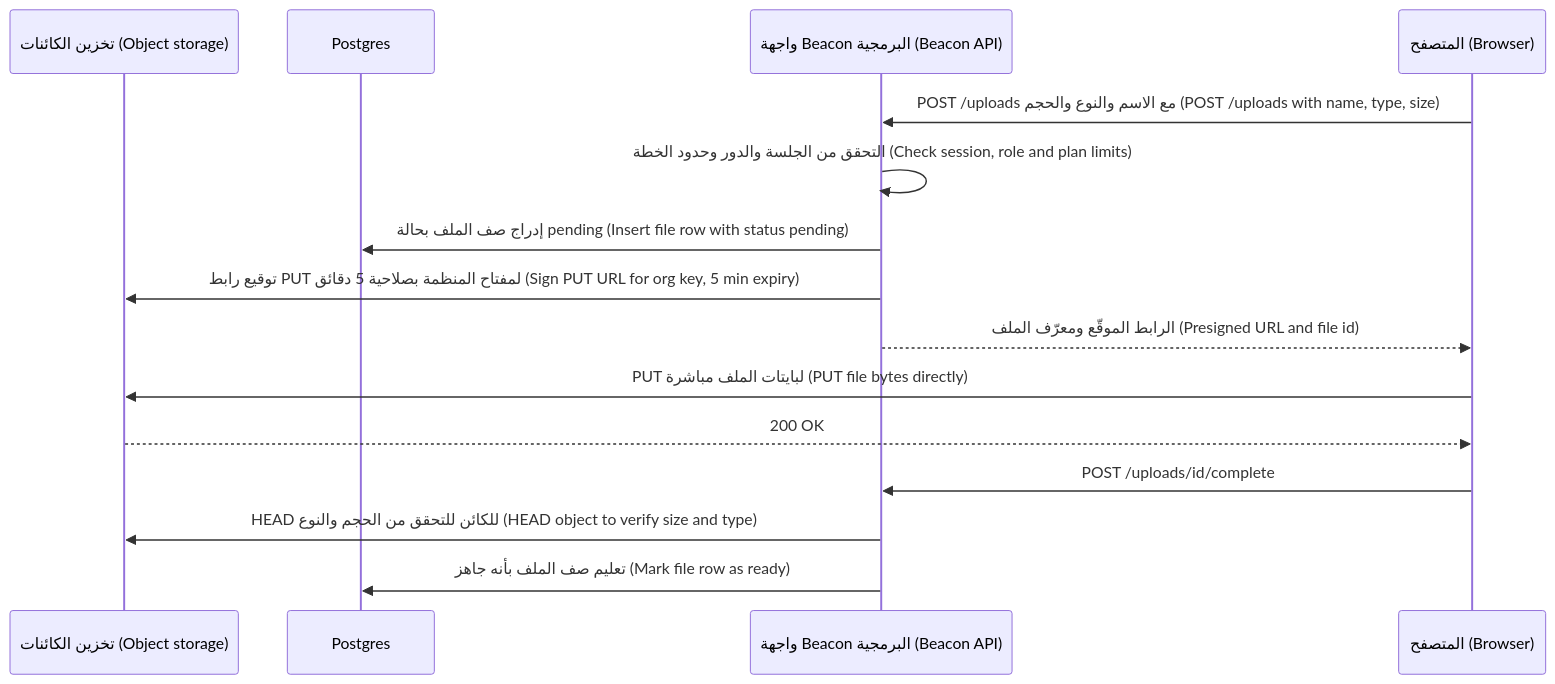
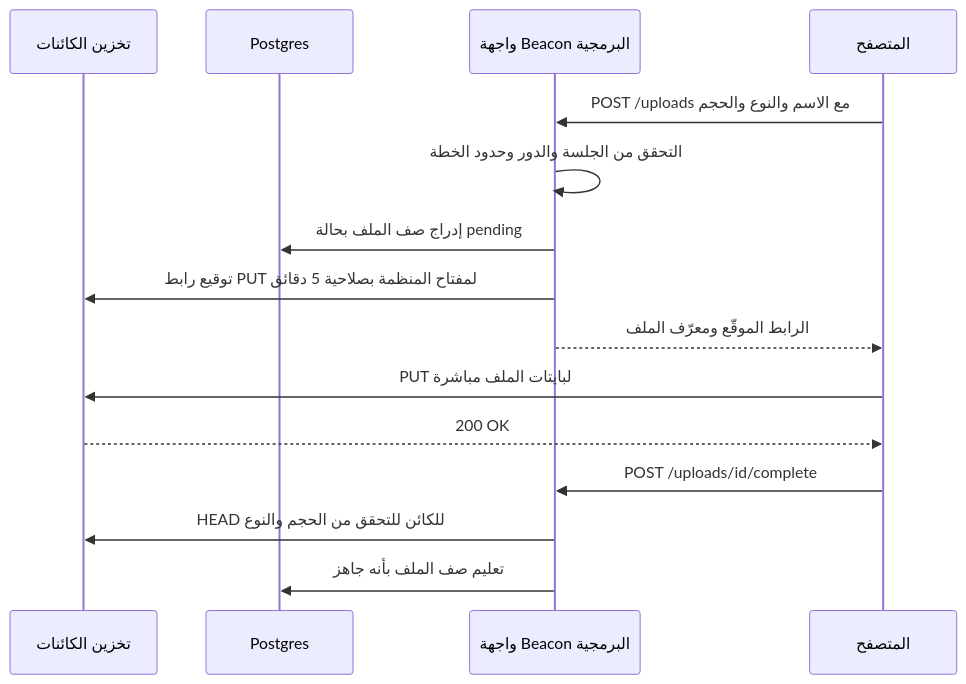
The third of 9 diagrams in saas/modules/02-data.ar.md (Tamoura/system-design-for-vibe-coders), drawn with Mermaid before and after one commit. The commit also changed other lines of this file and 551 other files, not shown here.

````diff
--- a/saas/modules/02-data.ar.md
+++ b/saas/modules/02-data.ar.md
@@ -340,17 +367,17 @@
 ```mermaid
 sequenceDiagram
-    participant S as تخزين الكائنات (Object storage)
+    participant S as تخزين الكائنات
     participant D as Postgres
-    participant A as واجهة Beacon البرمجية (Beacon API)
-    participant B as المتصفح (Browser)
-    B->>A: POST /uploads مع الاسم والنوع والحجم (POST /uploads with name, type, size)
-    A->>A: التحقق من الجلسة والدور وحدود الخطة (Check session, role and plan limits)
-    A->>D: إدراج صف الملف بحالة pending (Insert file row with status pending)
-    A->>S: توقيع رابط PUT لمفتاح المنظمة بصلاحية 5 دقائق (Sign PUT URL for org key, 5 min expiry)
-    A-->>B: الرابط الموقّع ومعرّف الملف (Presigned URL and file id)
-    B->>S: PUT لبايتات الملف مباشرة (PUT file bytes directly)
+    participant A as واجهة Beacon البرمجية
+    participant B as المتصفح
+    B->>A: POST /uploads مع الاسم والنوع والحجم
+    A->>A: التحقق من الجلسة والدور وحدود الخطة
+    A->>D: إدراج صف الملف بحالة pending
+    A->>S: توقيع رابط PUT لمفتاح المنظمة بصلاحية 5 دقائق
+    A-->>B: الرابط الموقّع ومعرّف الملف
+    B->>S: PUT لبايتات الملف مباشرة
     S-->>B: 200 OK
     B->>A: POST /uploads/id/complete
-    A->>S: HEAD للكائن للتحقق من الحجم والنوع (HEAD object to verify size and type)
-    A->>D: تعليم صف الملف بأنه جاهز (Mark file row as ready)
+    A->>S: HEAD للكائن للتحقق من الحجم والنوع
+    A->>D: تعليم صف الملف بأنه جاهز
 ```
````
